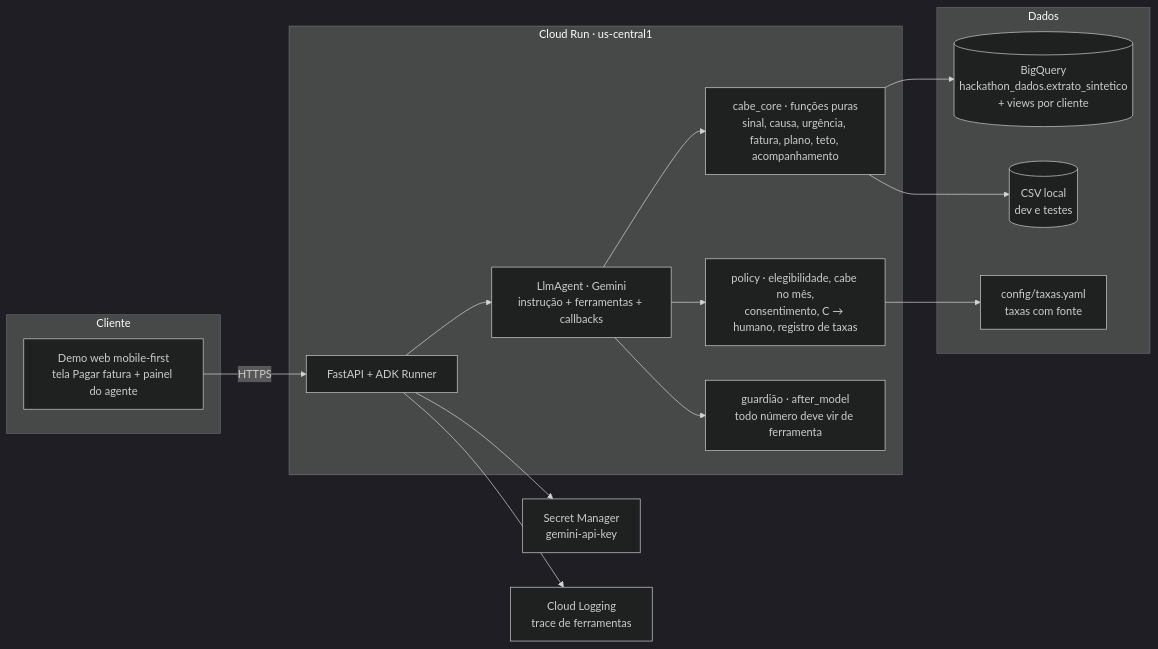
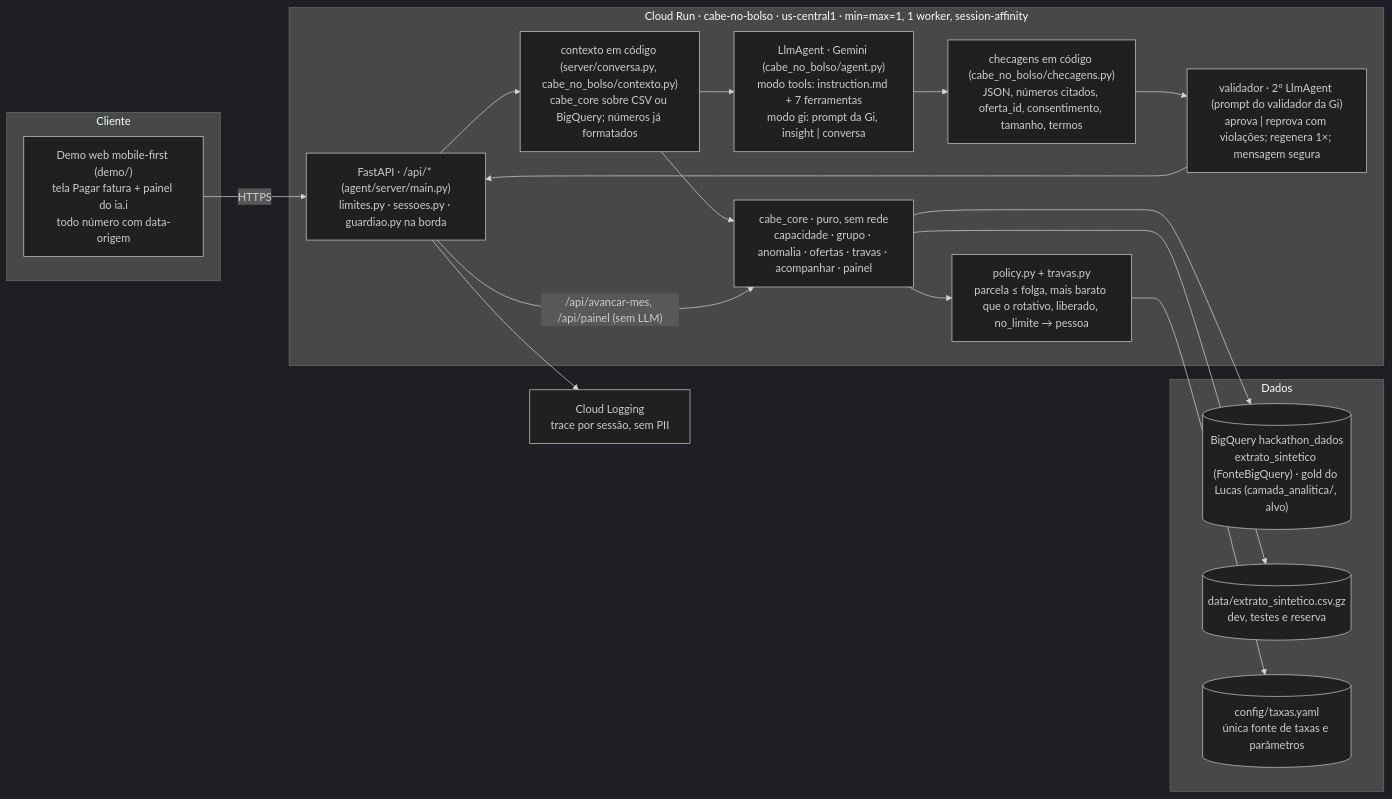
The first of 2 diagrams in docs/04-arquitetura-gcp.md (guiwatanabe/iai-cabe-no-bolso), drawn with Mermaid (dark theme) before and after one commit. The commit also changed other lines of this file and 10 other files, not shown here.

Commit message:
Atualiza docs, deploy e FinOps: preços com fonte, checklist e decisões da noite

````diff
--- a/docs/04-arquitetura-gcp.md
+++ b/docs/04-arquitetura-gcp.md
@@ -7,28 +7,27 @@
 ```mermaid
 flowchart LR
   subgraph Cliente
-    W[Demo web mobile-first<br/>tela Pagar fatura + painel do agente]
+    W["Demo web mobile-first (demo/)<br/>tela Pagar fatura + painel do ia.i<br/>todo número com data-origem"]
   end
-  subgraph CloudRun[Cloud Run · us-central1]
-    API[FastAPI + ADK Runner]
-    AG[LlmAgent · Gemini<br/>instrução + ferramentas + callbacks]
-    CORE[cabe_core · funções puras<br/>sinal, causa, urgência, fatura, plano, teto, acompanhamento]
-    POL[policy · elegibilidade, cabe no mês,<br/>consentimento, C → humano, registro de taxas]
-    GUARD[guardião · after_model<br/>todo número deve vir de ferramenta]
+  subgraph CloudRun["Cloud Run · cabe-no-bolso · us-central1 · min=max=1, 1 worker, session-affinity"]
+    API["FastAPI · /api/* (agent/server/main.py)<br/>limites.py · sessoes.py · guardiao.py na borda"]
+    CTX["contexto em código (server/conversa.py, cabe_no_bolso/contexto.py)<br/>cabe_core sobre CSV ou BigQuery; números já formatados"]
+    AG["LlmAgent · Gemini (cabe_no_bolso/agent.py)<br/>modo tools: instruction.md + 7 ferramentas<br/>modo gi: prompt da Gi, insight | conversa"]
+    CHK["checagens em código (cabe_no_bolso/checagens.py)<br/>JSON, números citados, oferta_id, consentimento, tamanho, termos"]
+    VAL["validador · 2º LlmAgent (prompt do validador da Gi)<br/>aprova | reprova com violações; regenera 1×; mensagem segura"]
+    CORE["cabe_core · puro, sem rede<br/>capacidade · grupo · anomalia · ofertas · travas · acompanhar · painel"]
+    POL["policy.py + travas.py<br/>parcela ≤ folga, mais barato que o rotativo, liberado, no_limite → pessoa"]
   end
   subgraph Dados
-    BQ[(BigQuery<br/>hackathon_dados.extrato_sintetico<br/>+ views por cliente)]
-    CSV[(CSV local<br/>dev e testes)]
-    CFG[config/taxas.yaml<br/>taxas com fonte]
+    BQ[("BigQuery hackathon_dados<br/>extrato_sintetico (FonteBigQuery) · gold do Lucas (camada_analitica/, alvo)")]
+    CSV[("data/extrato_sintetico.csv.gz<br/>dev, testes e reserva")]
+    CFG[("config/taxas.yaml<br/>única fonte de taxas e parâmetros")]
   end
-  SM[Secret Manager<br/>gemini-api-key]
-  LOG[Cloud Logging<br/>trace de ferramentas]
-  W -->|HTTPS| API --> AG
-  AG --> CORE --> BQ
+  LOG["Cloud Logging<br/>trace por sessão, sem PII"]
+  W -->|HTTPS| API --> CTX --> AG --> CHK --> VAL --> API
+  CTX --> CORE --> BQ
   CORE --> CSV
-  POL --> CFG
-  AG --> POL
-  AG --> GUARD
-  API --> SM
+  CORE --> POL --> CFG
+  API -->|"/api/avancar-mes, /api/painel (sem LLM)"| CORE
   API --> LOG
 ```
````
